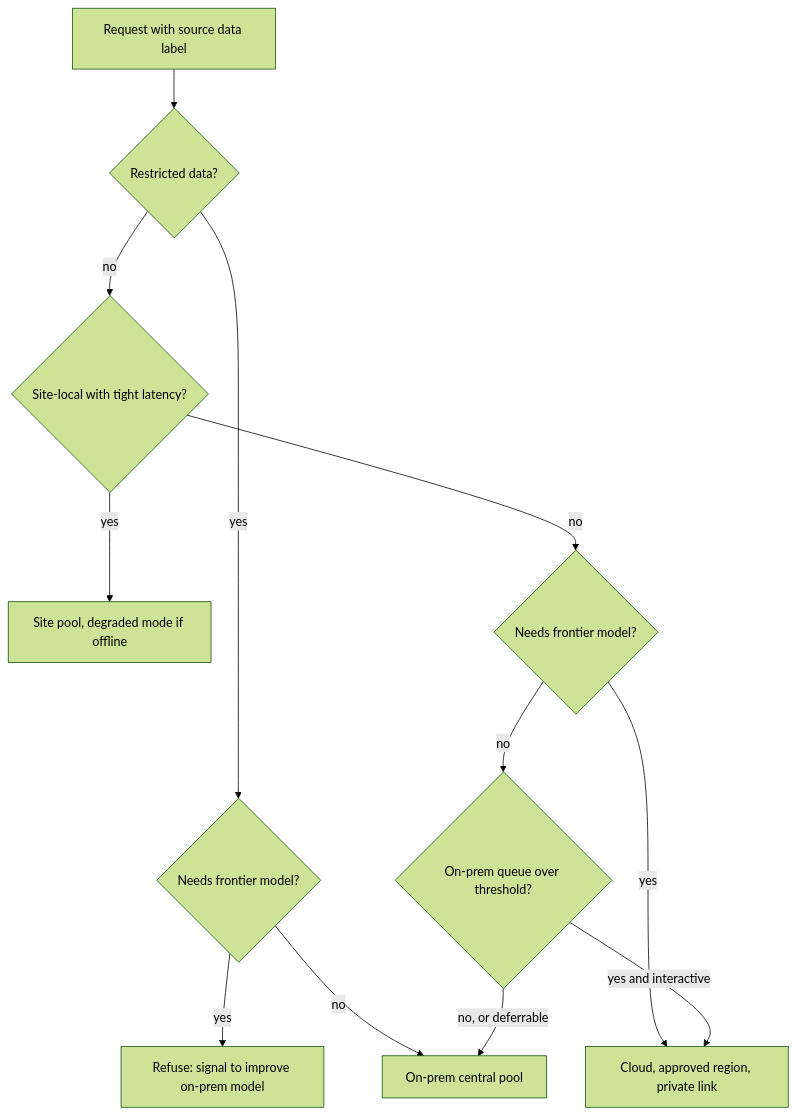
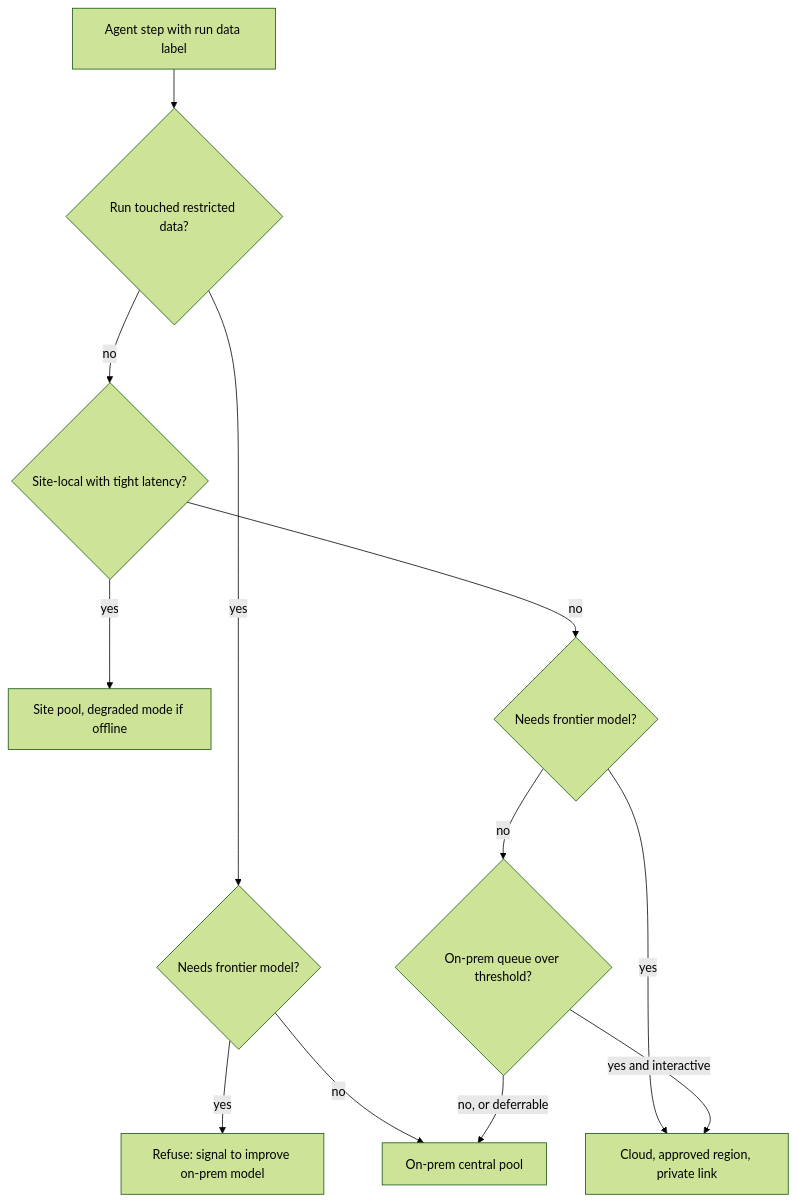
The diagram in content/infra-capacity-economics/hybrid-on-prem.md (lovishmahajan97/agentic-learning), drawn with Mermaid (forest theme) before and after one commit. The commit also changed other lines of this file and 485 other files, not shown here.

````diff
--- a/content/infra-capacity-economics/hybrid-on-prem.md
+++ b/content/infra-capacity-economics/hybrid-on-prem.md
@@ -131,14 +158,14 @@
 ```mermaid
 flowchart TD
-    R["Request with source data label"] --> C{"Restricted data?"}
+    R["Agent step with run data label"] --> C{"Run touched restricted data?"}
     C -->|"yes"| F1{"Needs frontier model?"}
     F1 -->|"yes"| X["Refuse: signal to improve on-prem model"]
     F1 -->|"no"| OP["On-prem central pool"]
     C -->|"no"| S{"Site-local with tight latency?"}
     S -->|"yes"| SP["Site pool, degraded mode if offline"]
     S -->|"no"| F2{"Needs frontier model?"}
     F2 -->|"yes"| CL["Cloud, approved region, private link"]
     F2 -->|"no"| Q{"On-prem queue over threshold?"}
     Q -->|"yes and interactive"| CL
     Q -->|"no, or deferrable"| OP
 ```
````
